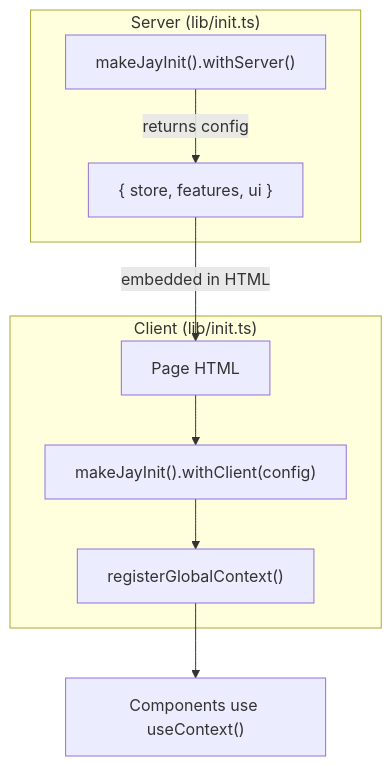
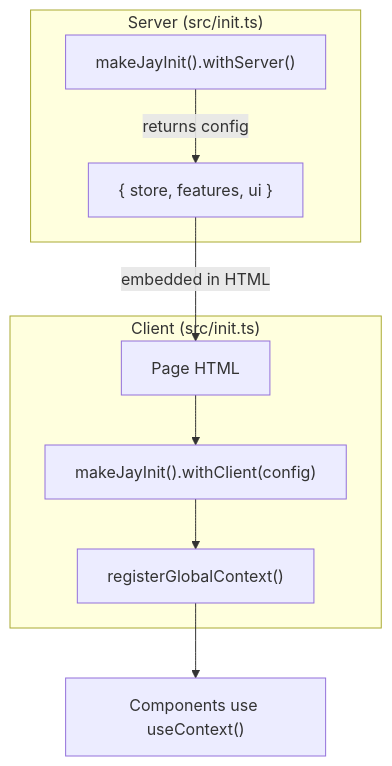
One commit to jay-framework/jay changed the diagram in examples/jay-stack/fake-shop/README.md. Above: the diagram before and after it, drawn with Mermaid. The commit also changed other lines of this file and 8 other files, not shown here.

````diff
--- a/examples/jay-stack/fake-shop/README.md
+++ b/examples/jay-stack/fake-shop/README.md
@@ -101,16 +101,16 @@
 ```mermaid
 flowchart TB
-    subgraph Server["Server (lib/init.ts)"]
+    subgraph Server["Server (src/init.ts)"]
         SI["makeJayInit().withServer()"]
         SI --> |"returns config"| DATA["{ store, features, ui }"]
     end
 
     DATA --> |"embedded in HTML"| HTML["Page HTML"]
 
-    subgraph Client["Client (lib/init.ts)"]
+    subgraph Client["Client (src/init.ts)"]
         HTML --> CI["makeJayInit().withClient(config)"]
         CI --> CTX["registerGlobalContext()"]
     end
 
     CTX --> COMP["Components use useContext()"]
 ```
````
